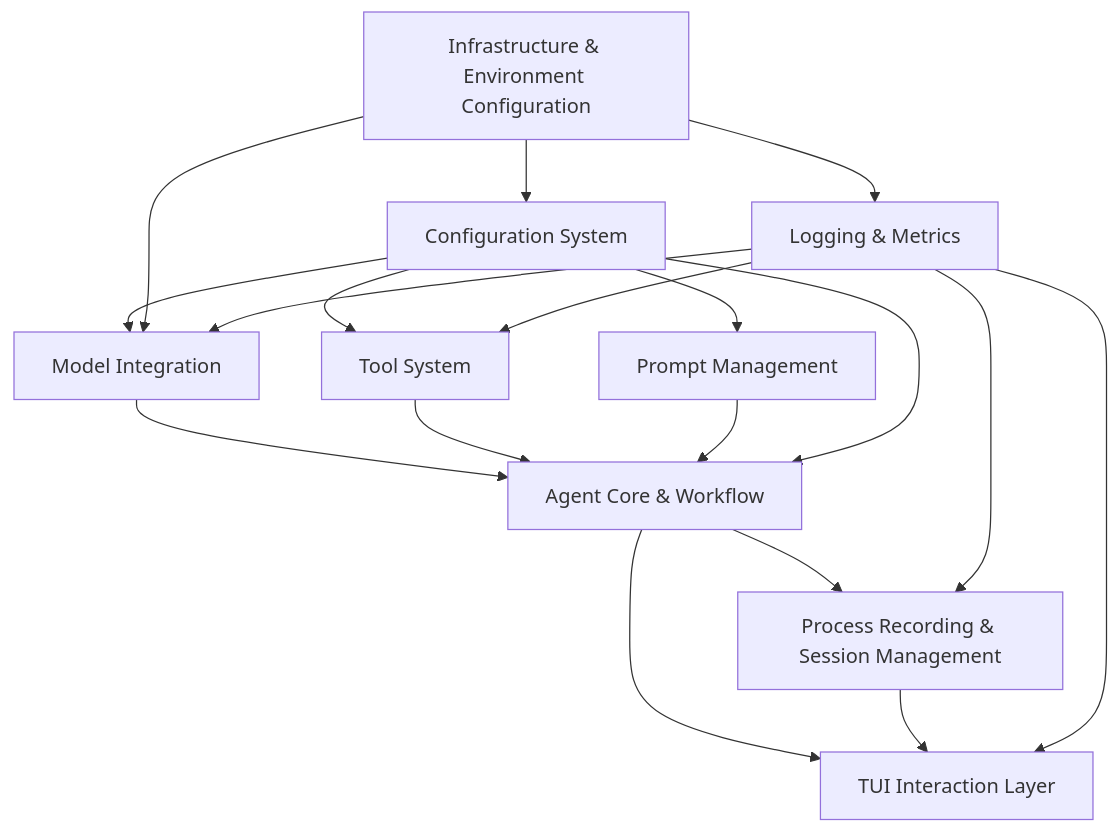
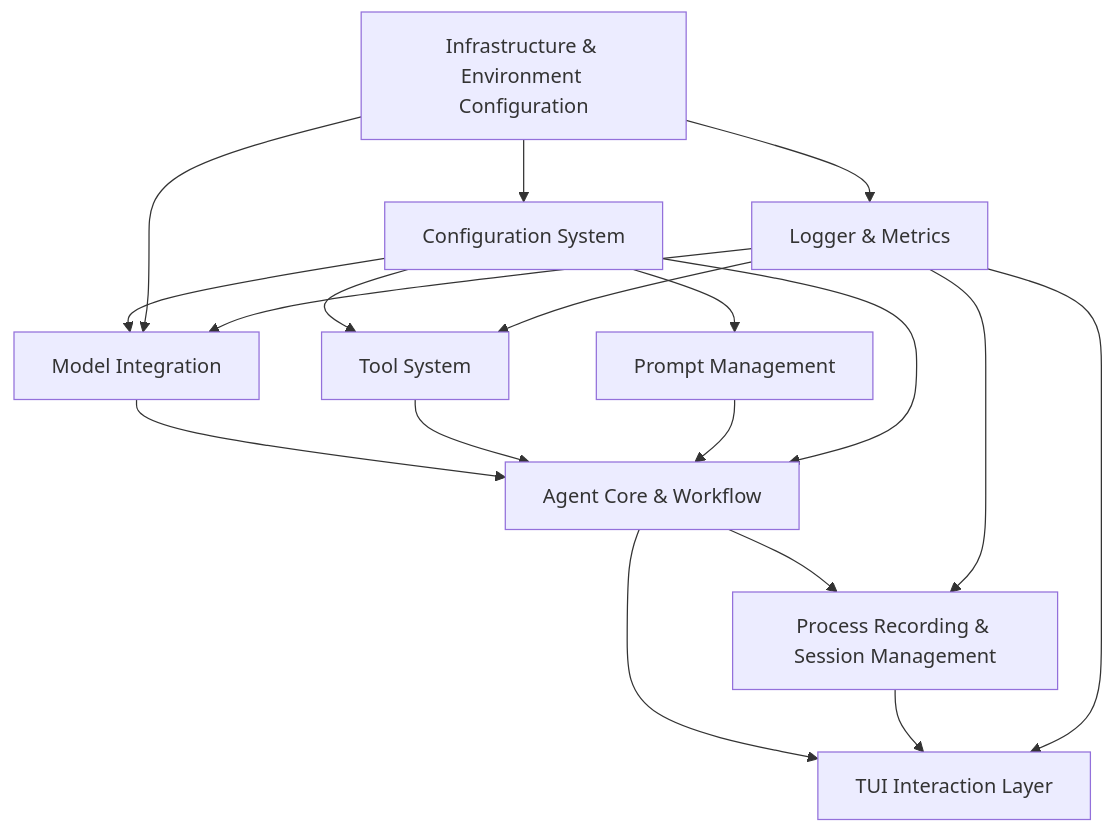
One commit to kkkqkx123/open-agent changed the diagram in AGENTS.md. Above: the diagram before and after it, drawn with Mermaid. The commit also changed 34 other files, not shown here.

````diff
--- a/AGENTS.md
+++ b/AGENTS.md
@@ -185,20 +185,20 @@
 ```mermaid
 graph TD
     A[Infrastructure & Environment Configuration] --> B[Configuration System]
-    A --> C[Logging & Metrics]
+    A --> C[Logger & Metrics]
     B --> D[Model Integration]
     B --> E[Tool System]
     B --> F[Prompt Management]
     A --> D
     C --> D
     C --> E
     D --> G[Agent Core & Workflow]
     E --> G
     F --> G
     B --> G
     G --> H[Process Recording & Session Management]
     C --> H
     G --> I[TUI Interaction Layer]
     H --> I
     C --> I
 ```
````
